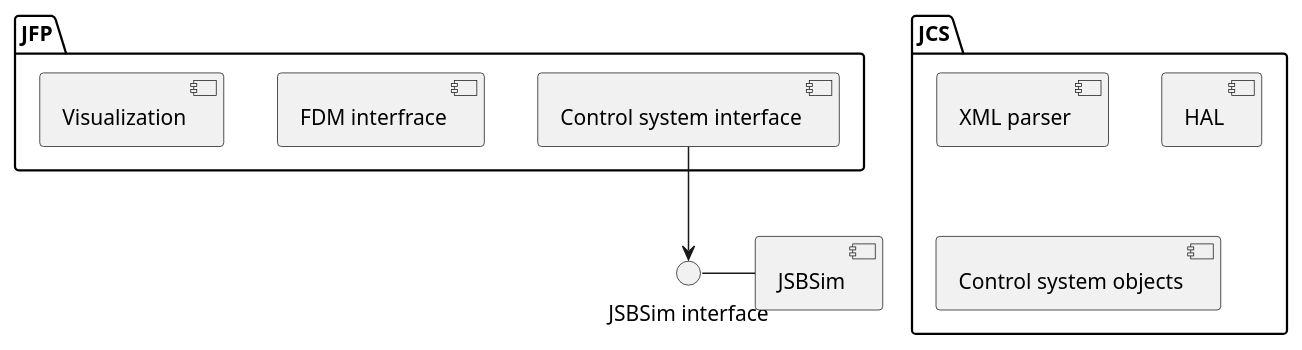
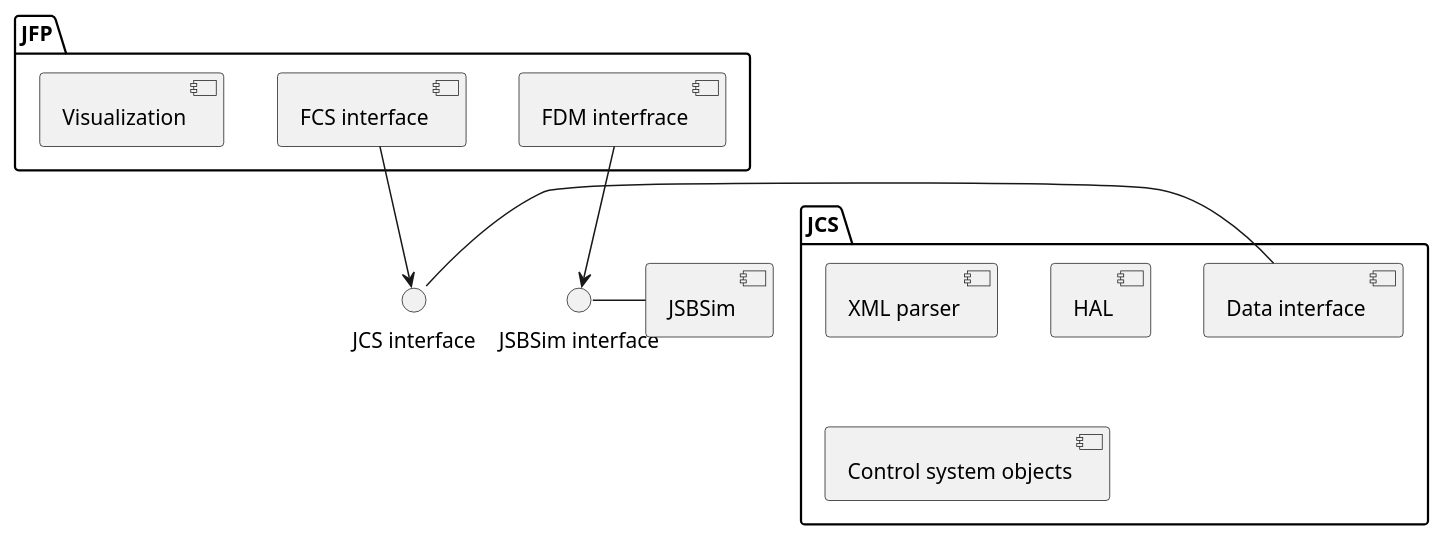
Before and after one commit to KubaVymola/JFP: the diagram in docs/component-design.wsd, drawn with PlantUML. The commit also changed 1 other file, not shown here.

```diff
--- a/docs/component-design.wsd
+++ b/docs/component-design.wsd
@@ -1,21 +1,25 @@
 @startuml
 
 interface "JSBSim interface" as JSBi
-
-JSBi - [JSBSim]
+interface "JCS interface" as JCSi
 
 package "JFP" {
-    [Control system interface]
+    [FCS interface]
     [FDM interfrace]
     [Visualization]
 }
 
 package "JCS" {
     [XML parser]
     [HAL]
     [Control system objects]
+    [Data interface]
 }
 
-[Control system interface] --> JSBi
+JSBi - [JSBSim]
+[FDM interfrace] --> JSBi
+
+JCSi - [Data interface]
+[FCS interface] --> JCSi
 
 @enduml
```
